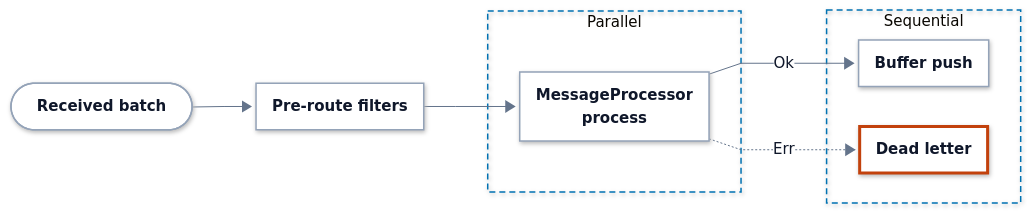
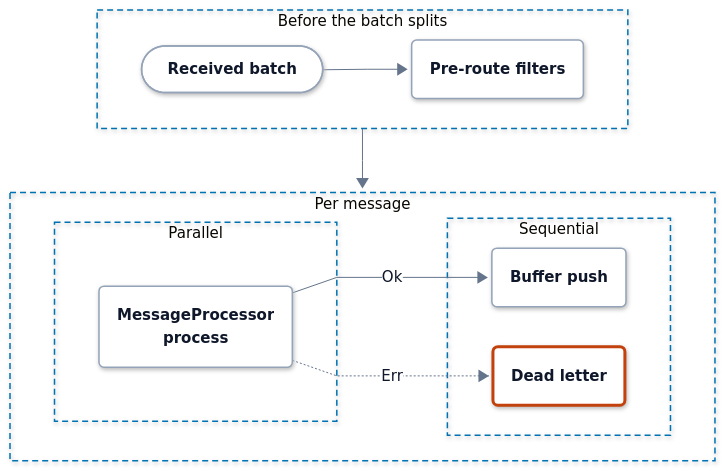
Before and after one commit to hyperi-io/dfe-loader: the diagram in docs/pipeline/parallelism.md, drawn with Mermaid. The commit also changed 19 other files, not shown here.

First line of the commit message:
docs(architecture): bring the loader pages to the architecture standard

````diff
--- a/docs/pipeline/parallelism.md
+++ b/docs/pipeline/parallelism.md
@@ -58,26 +58,33 @@
     .ui .label-icon{color:#D9480F}
     .ext .label-icon{color:#64748B}
 ---
-flowchart LR
+flowchart TB
     accTitle: L4 Detail -- Batch phases
     accDescr: A received batch passes the BatchEngine's pre-route filters when a routing field is set. The worker pool runs MessageProcessor process on each message in parallel. The BatchCoordinator then walks the results in one thread, pushing each Ok row into its table's buffer, parking a message that waits on its schema and turning any other error into a dead letter.
 
-    recv(["<b>Received batch</b>"])
-    preroute["<b>Pre-route filters</b>"]
-
-    subgraph parallel["Parallel"]
-        process["<b>MessageProcessor<br/>process</b>"]
+    subgraph before["Before the batch splits"]
+        direction LR
+        recv(["<b>Received batch</b>"])
+        preroute("<b>Pre-route filters</b>")
+        recv --> preroute
     end
-
-    subgraph sequential["Sequential"]
-        push["<b>Buffer push</b>"]
-        dead["<b>Dead letter</b>"]
+    subgraph phases["Per message"]
+        direction LR
+        subgraph parallel["Parallel"]
+            process("<b>MessageProcessor<br/>process</b>")
+        end
+        subgraph sequential["Sequential"]
+            push("<b>Buffer push</b>")
+            dead("<b>Dead letter</b>")
+        end
+        process -->|Ok| push
+        process -.->|Err| dead
     end
-
-    recv --> preroute
-    preroute --> process
-    process -->|Ok| push
-    process -.->|Err| dead
+    before --> phases
+  class recv,preroute,process,push part
+  class dead error
+  class recv,preroute,process,push part
+  class dead error
   classDef ext fill:#F4F6F8,stroke:#94A3B8,stroke-width:1.5px,stroke-dasharray:5 4,color:#0F172A
   classDef ingest fill:#FFFFFF,stroke:#0E8A7D,stroke-width:3px,color:#0F172A
   classDef xform fill:#FFFFFF,stroke:#7B4FB0,stroke-width:3px,color:#0F172A
@@ -89,8 +96,8 @@
   classDef error fill:#FFFFFF,stroke:#C2410C,stroke-width:3px,color:#0F172A
   classDef control fill:#FFFFFF,stroke:#334155,stroke-width:3px,color:#0F172A
   classDef part fill:#FFFFFF,stroke:#94A3B8,stroke-width:1.5px,color:#0F172A
-  class recv,preroute,process,push part
-  class dead error
+  style before fill:none,stroke:#0072B2,stroke-width:1.5px,stroke-dasharray:6 4
+  style phases fill:none,stroke:#0072B2,stroke-width:1.5px,stroke-dasharray:6 4
   style parallel fill:none,stroke:#0072B2,stroke-width:1.5px,stroke-dasharray:6 4
   style sequential fill:none,stroke:#0072B2,stroke-width:1.5px,stroke-dasharray:6 4
 ```
````
